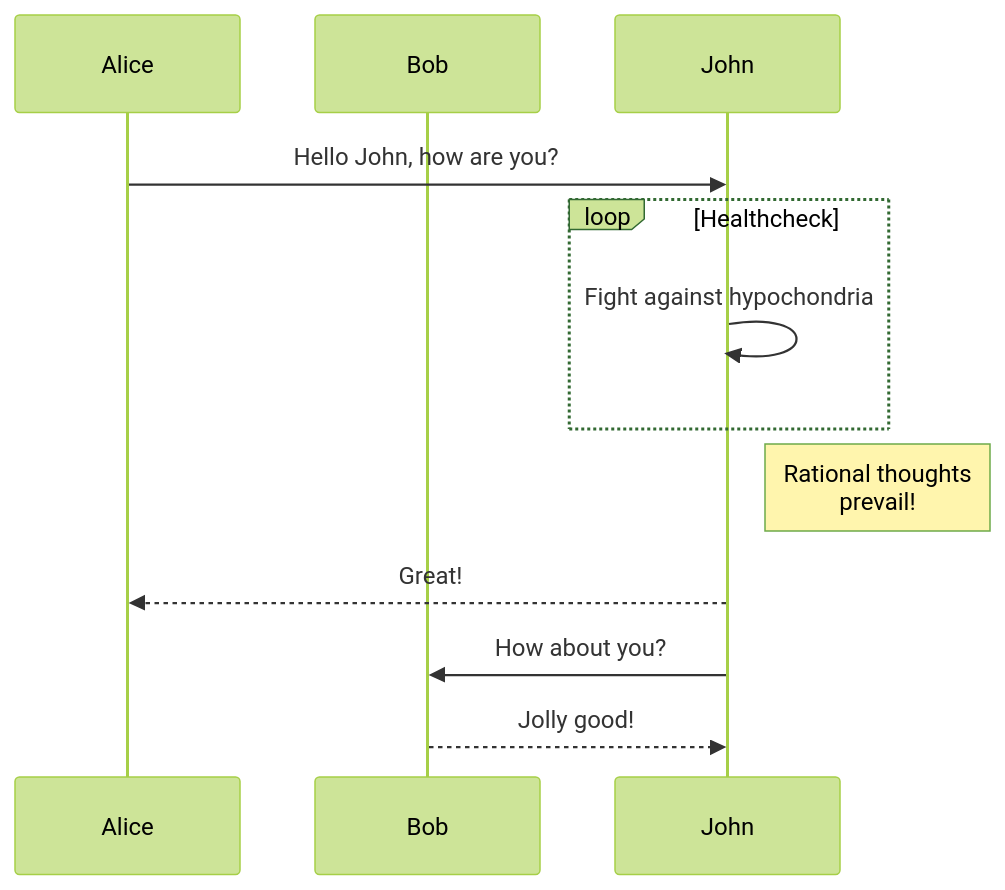
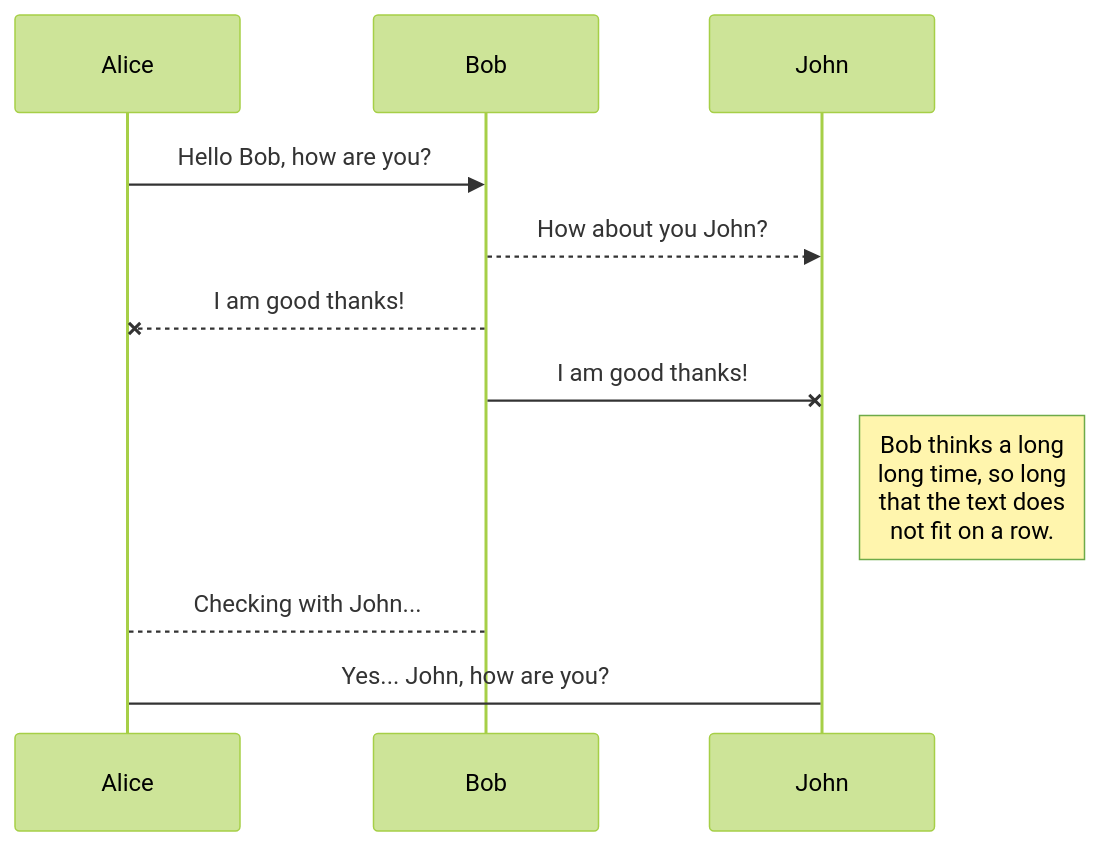
Before and after one commit to TakesTheBiscuit/BiscuitCareer: the diagram in diagramPath.mmd, drawn with Mermaid (forest theme). The commit also changed 1 other file, not shown here.

Commit message:
Simplify diagram ready for development

```diff
--- a/diagramPath.mmd
+++ b/diagramPath.mmd
@@ -1,11 +1,9 @@
 sequenceDiagram
-participant Alice
-participant Bob
-Alice->>John: Hello John, how are you?
-loop Healthcheck
-John->>John: Fight against hypochondria
-end
-Note right of John: Rational thoughts <br/>prevail!
-John-->>Alice: Great!
-John->>Bob: How about you?
-Bob-->>John: Jolly good!
+    Alice ->> Bob: Hello Bob, how are you?
+    Bob-->>John: How about you John?
+    Bob--x Alice: I am good thanks!
+    Bob-x John: I am good thanks!
+    Note right of John: Bob thinks a long<br/>long time, so long<br/>that the text does<br/>not fit on a row.
+
+    Bob-->Alice: Checking with John...
+    Alice->John: Yes... John, how are you?
```
